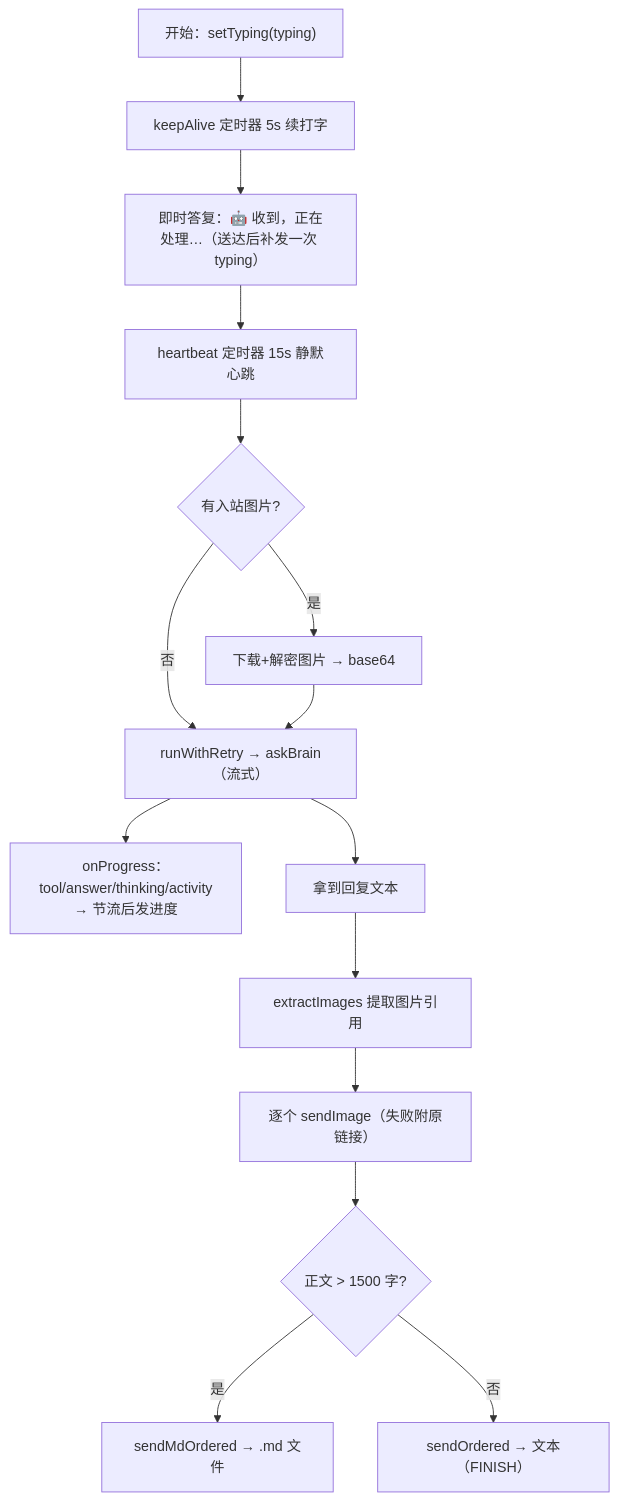
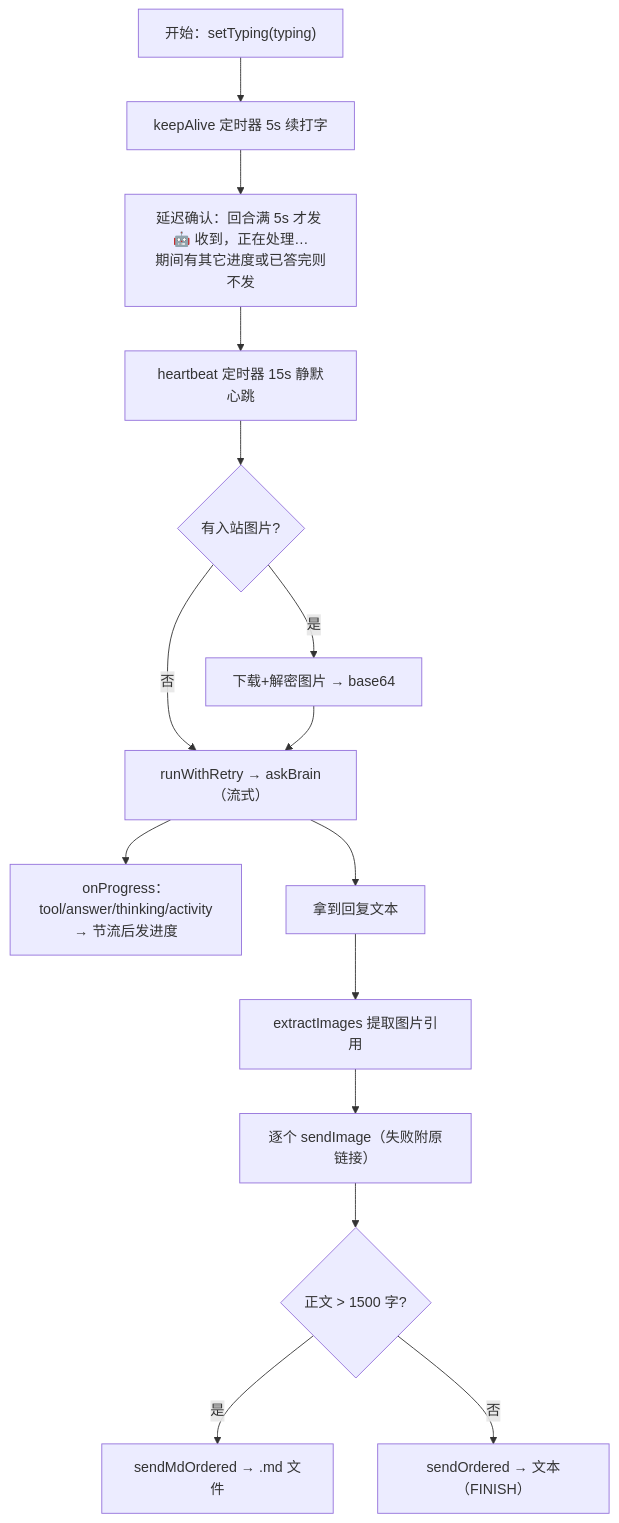
The third of 4 diagrams in docs/repowiki/05-daemon.md (imwangpan/WeMind), drawn with Mermaid before and after one commit. The commit also changed other lines of this file and 9 other files, not shown here.

````diff
--- a/docs/repowiki/05-daemon.md
+++ b/docs/repowiki/05-daemon.md
@@ -171,17 +171,17 @@
 ```mermaid
 graph TD
     S["开始：setTyping(typing)"] --> KA["keepAlive 定时器 5s 续打字"]
-    KA --> ACK["即时答复：🤖 收到，正在处理…（送达后补发一次 typing）"]
+    KA --> ACK["延迟确认：回合满 5s 才发 🤖 收到，正在处理…<br/>期间有其它进度或已答完则不发"]
     ACK --> HB["heartbeat 定时器 15s 静默心跳"]
     HB --> IMG{"有入站图片?"}
     IMG -->|是| DL["下载+解密图片 → base64"]
     IMG -->|否| RUN
     DL --> RUN["runWithRetry → askBrain（流式）"]
     RUN --> PROG["onProgress：tool/answer/thinking/activity<br/>→ 节流后发进度"]
     RUN --> ANS["拿到回复文本"]
     ANS --> EXIMG["extractImages 提取图片引用"]
     EXIMG --> SENDIMG["逐个 sendImage（失败附原链接）"]
     SENDIMG --> LONG{"正文 > 1500 字?"}
     LONG -->|是| MD["sendMdOrdered → .md 文件"]
     LONG -->|否| TXT["sendOrdered → 文本（FINISH）"]
 ```
````
